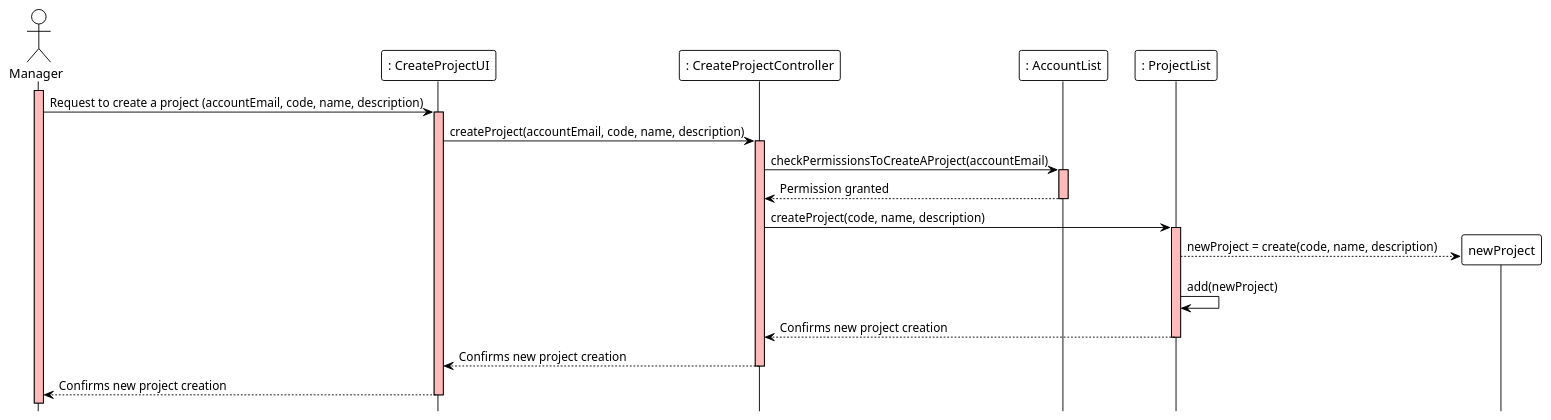
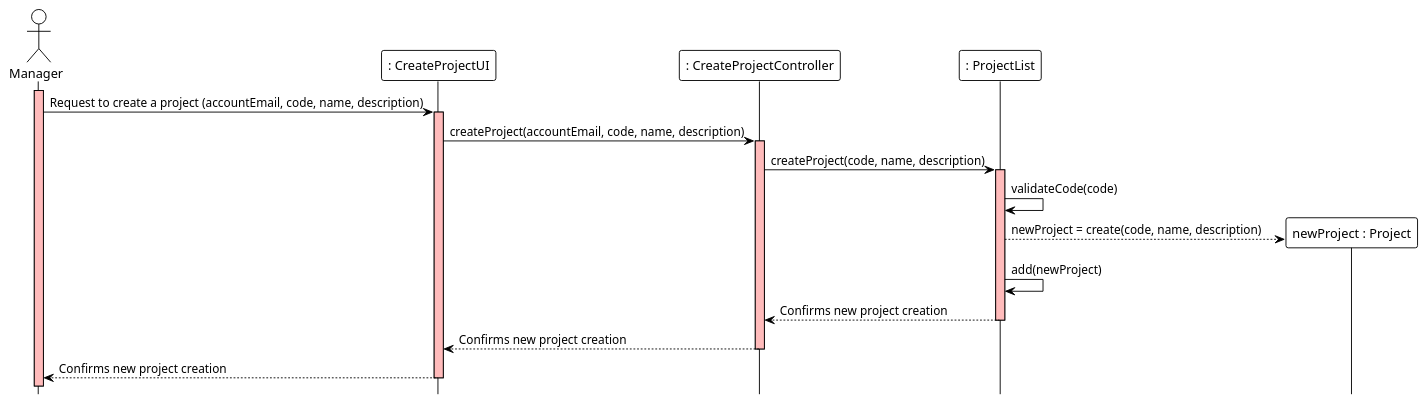
Before and after one commit to ivo-menezes/project_g3: the diagram in docs/modelling_design/user_stories/us010/US010_CreateProjectSD.puml, drawn with PlantUML.

Commit message:
US010 : Design : Add US010_CreateProjectSD (Update)

```diff
--- a/docs/modelling_design/user_stories/us010/US010_CreateProjectSD.puml
+++ b/docs/modelling_design/user_stories/us010/US010_CreateProjectSD.puml
@@ -1,36 +1,37 @@
 @startuml
 !theme plain
 hide footbox
 
 actor Manager  as Manager
 participant ": CreateProjectUI" as UI
 participant ": CreateProjectController" as Controller
-participant ": AccountList" as AccountList
+'participant ": AccountList" as AccountList
 participant ": ProjectList" as ProjectList
-
+participant "newProject : Project" as Project
 
 activate Manager #FFBBBB
 Manager ->  UI : Request to create a project (accountEmail, code, name, description)
 
 activate UI #FFBBBB
 UI -> Controller : createProject(accountEmail, code, name, description)
 
 activate Controller #FFBBBB
-Controller -> AccountList : checkPermissionsToCreateAProject(accountEmail)
-activate AccountList #FFBBBB
-AccountList --> Controller : Permission granted
-deactivate AccountList
+'Controller -> AccountList : checkPermissionsToCreateAProject(accountEmail)
+'activate AccountList #FFBBBB
+'AccountList --> Controller : Permission granted
+'deactivate AccountList
 Controller -> ProjectList : createProject(code, name, description)
 activate ProjectList #FFBBBB
 
-ProjectList --> newProject ** : newProject = create(code, name, description)
+ProjectList -> ProjectList : validateCode(code)
+ProjectList --> Project ** : newProject = create(code, name, description)
 ProjectList -> ProjectList : add(newProject)
 
 ProjectList --> Controller : Confirms new project creation
 deactivate ProjectList
 
 Controller --> UI : Confirms new project creation
 deactivate Controller
 UI --> Manager : Confirms new project creation
 deactivate UI
 @enduml
```
